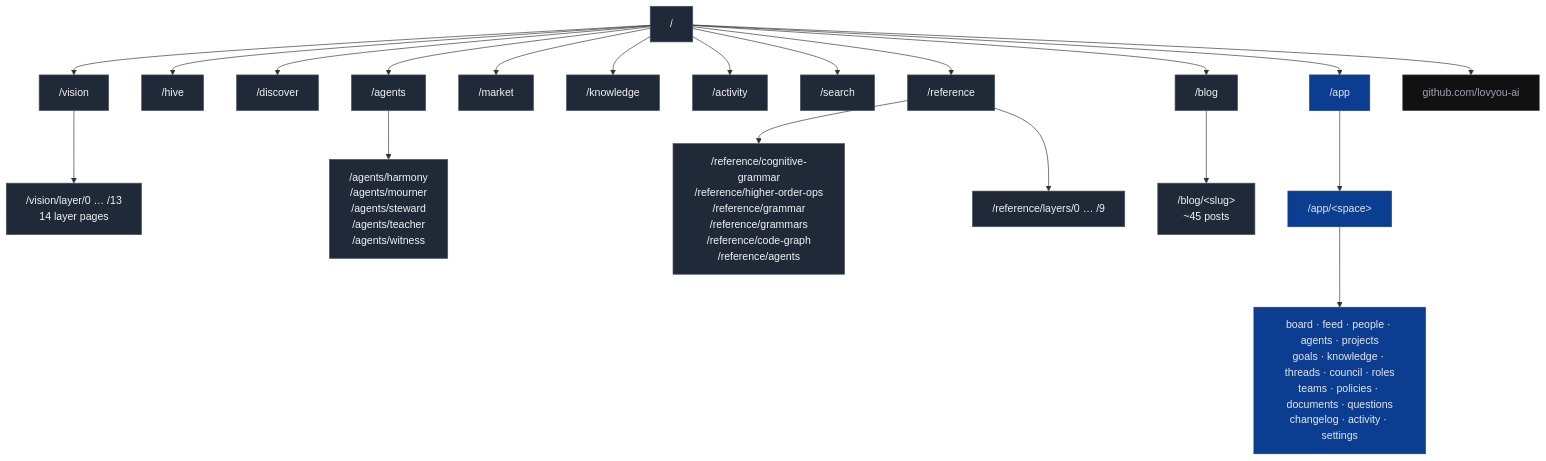
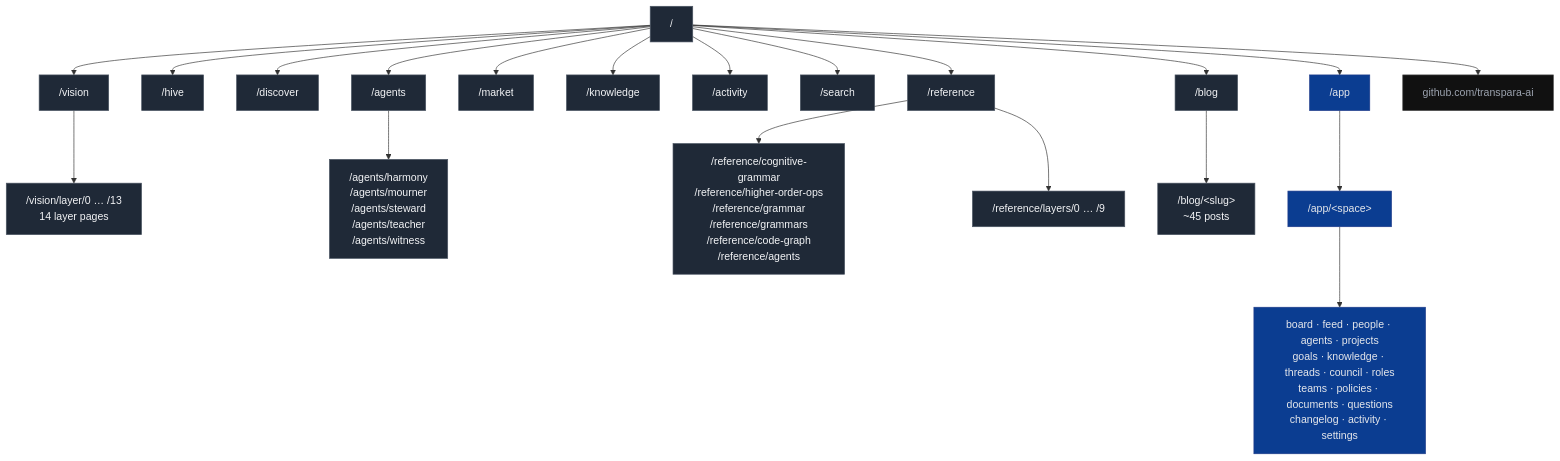
Before and after one commit to transpara-ai/site: the diagram in docs/site-profile-redesign/01-site-map-discovery.md, drawn with Mermaid. The commit also changed other lines of this file and 108 other files, not shown here.

````diff
--- a/docs/site-profile-redesign/01-site-map-discovery.md
+++ b/docs/site-profile-redesign/01-site-map-discovery.md
@@ -30,32 +30,32 @@
 ```mermaid
 graph TD
     Root["/"]
     Root --> Vision["/vision"]
     Root --> Hive["/hive"]
     Root --> Discover["/discover"]
     Root --> Agents["/agents"]
     Root --> Market["/market"]
     Root --> Knowledge["/knowledge"]
     Root --> Activity["/activity"]
     Root --> Search["/search"]
     Root --> Reference["/reference"]
     Root --> Blog["/blog"]
     Root --> App["/app"]
-    Root --> GitHub["github.com/lovyou-ai"]
+    Root --> GitHub["github.com/transpara-ai"]
 
     Vision --> VLayers["/vision/layer/0 … /13<br/>14 layer pages"]
     Agents --> AProfiles["/agents/harmony<br/>/agents/mourner<br/>/agents/steward<br/>/agents/teacher<br/>/agents/witness"]
     Reference --> RefIndex["/reference/cognitive-grammar<br/>/reference/higher-order-ops<br/>/reference/grammar<br/>/reference/grammars<br/>/reference/code-graph<br/>/reference/agents"]
     Reference --> RefLayers["/reference/layers/0 … /9"]
     Blog --> BlogPosts["/blog/&lt;slug&gt;<br/>~45 posts"]
     App --> AppSpaces["/app/&lt;space&gt;"]
     AppSpaces --> AppViews["board · feed · people · agents · projects<br/>goals · knowledge · threads · council · roles<br/>teams · policies · documents · questions<br/>changelog · activity · settings"]
 
     classDef marketing fill:#1f2937,stroke:#4b5563,color:#f3f4f6
     classDef product fill:#0b3d91,stroke:#1e3a8a,color:#e5e7eb
     classDef external fill:#111,stroke:#444,color:#9ca3af
 
     class Root,Vision,Hive,Discover,Agents,Market,Knowledge,Activity,Search,Reference,Blog,VLayers,AProfiles,RefIndex,RefLayers,BlogPosts marketing
     class App,AppSpaces,AppViews product
     class GitHub external
 ```
````
